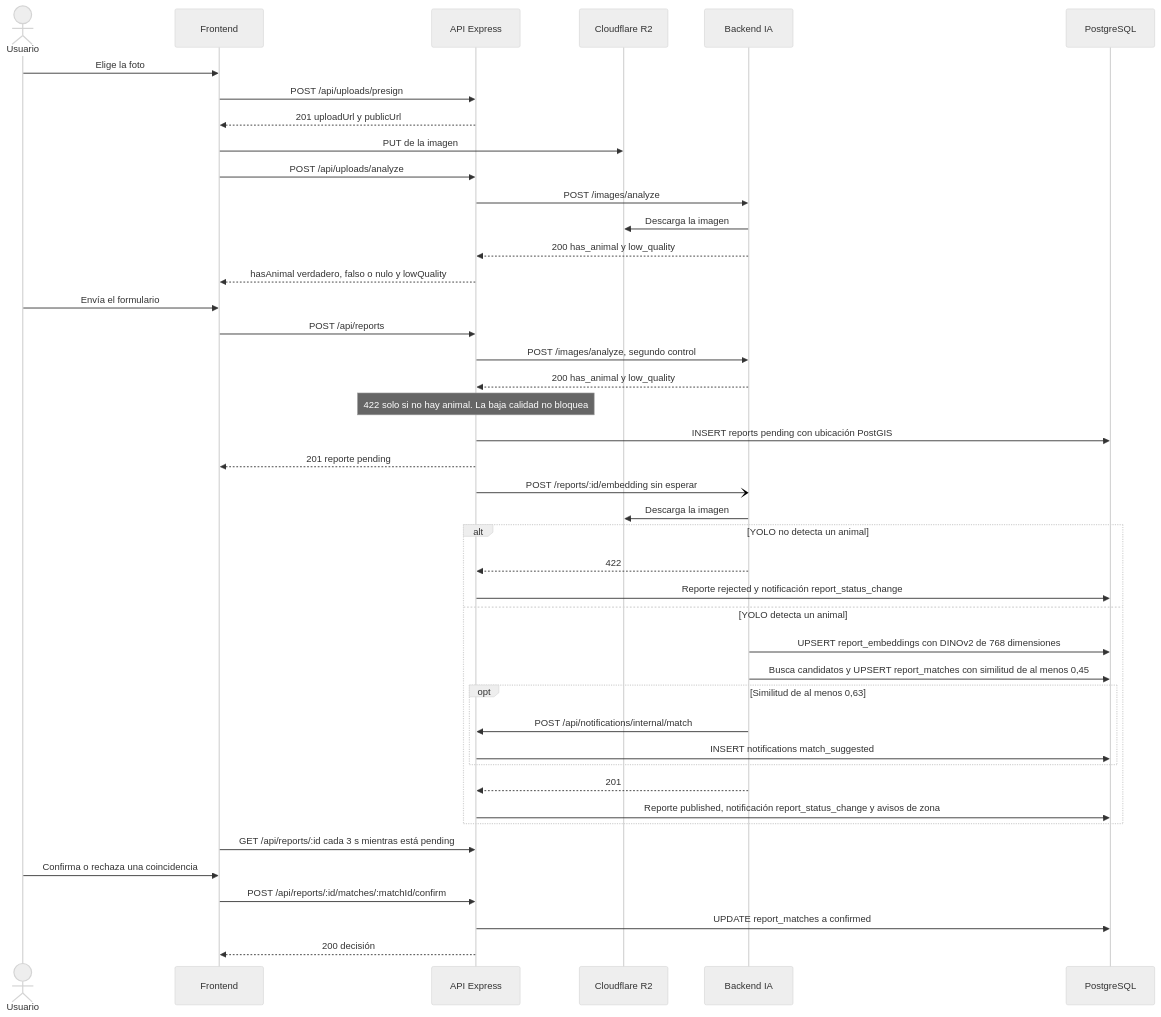
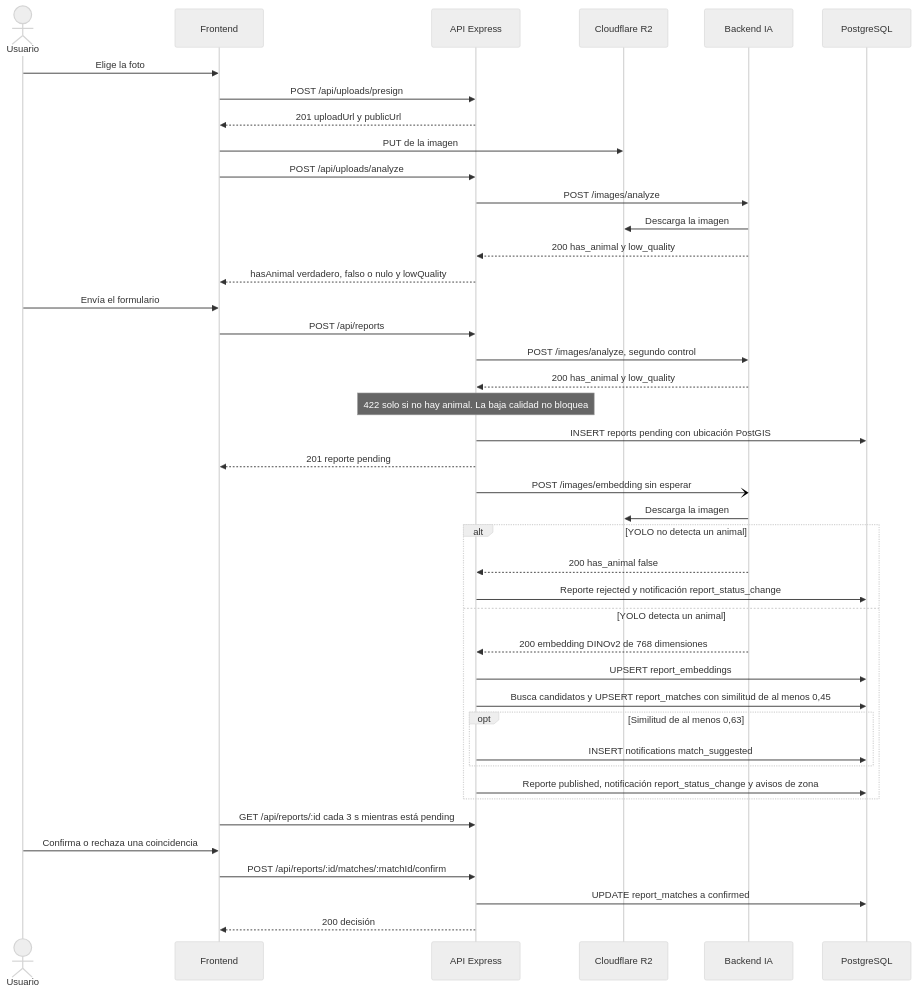
One commit to ISI-ProyectoFinal-2026/Grupo1 changed the fourth of 7 diagrams in docs/informe/1-2-2-2-historias-y-flujos.md. Above: the diagram before and after it, drawn with Mermaid (neutral theme). The commit also changed other lines of this file and 10 other files, not shown here.

````diff
--- a/docs/informe/1-2-2-2-historias-y-flujos.md
+++ b/docs/informe/1-2-2-2-historias-y-flujos.md
@@ -257,45 +255,44 @@
 ```mermaid
 sequenceDiagram
   actor U as Usuario
   participant F as Frontend
   participant A as API Express
   participant R2 as Cloudflare R2
   participant IA as Backend IA
   participant DB as PostgreSQL
   U->>F: Elige la foto
   F->>A: POST /api/uploads/presign
   A-->>F: 201 uploadUrl y publicUrl
   F->>R2: PUT de la imagen
   F->>A: POST /api/uploads/analyze
   A->>IA: POST /images/analyze
   IA->>R2: Descarga la imagen
   IA-->>A: 200 has_animal y low_quality
   A-->>F: hasAnimal verdadero, falso o nulo y lowQuality
   U->>F: Envía el formulario
   F->>A: POST /api/reports
   A->>IA: POST /images/analyze, segundo control
   IA-->>A: 200 has_animal y low_quality
   Note over A: 422 solo si no hay animal. La baja calidad no bloquea
   A->>DB: INSERT reports pending con ubicación PostGIS
   A-->>F: 201 reporte pending
-  A-)IA: POST /reports/:id/embedding sin esperar
+  A-)IA: POST /images/embedding sin esperar
   IA->>R2: Descarga la imagen
   alt YOLO no detecta un animal
-    IA-->>A: 422
+    IA-->>A: 200 has_animal false
     A->>DB: Reporte rejected y notificación report_status_change
   else YOLO detecta un animal
-    IA->>DB: UPSERT report_embeddings con DINOv2 de 768 dimensiones
-    IA->>DB: Busca candidatos y UPSERT report_matches con similitud de al menos 0,45
+    IA-->>A: 200 embedding DINOv2 de 768 dimensiones
+    A->>DB: UPSERT report_embeddings
+    A->>DB: Busca candidatos y UPSERT report_matches con similitud de al menos 0,45
     opt Similitud de al menos 0,63
-      IA->>A: POST /api/notifications/internal/match
       A->>DB: INSERT notifications match_suggested
     end
-    IA-->>A: 201
     A->>DB: Reporte published, notificación report_status_change y avisos de zona
   end
   F->>A: GET /api/reports/:id cada 3 s mientras está pending
   U->>F: Confirma o rechaza una coincidencia
   F->>A: POST /api/reports/:id/matches/:matchId/confirm
   A->>DB: UPDATE report_matches a confirmed
   A-->>F: 200 decisión
 ```
````
